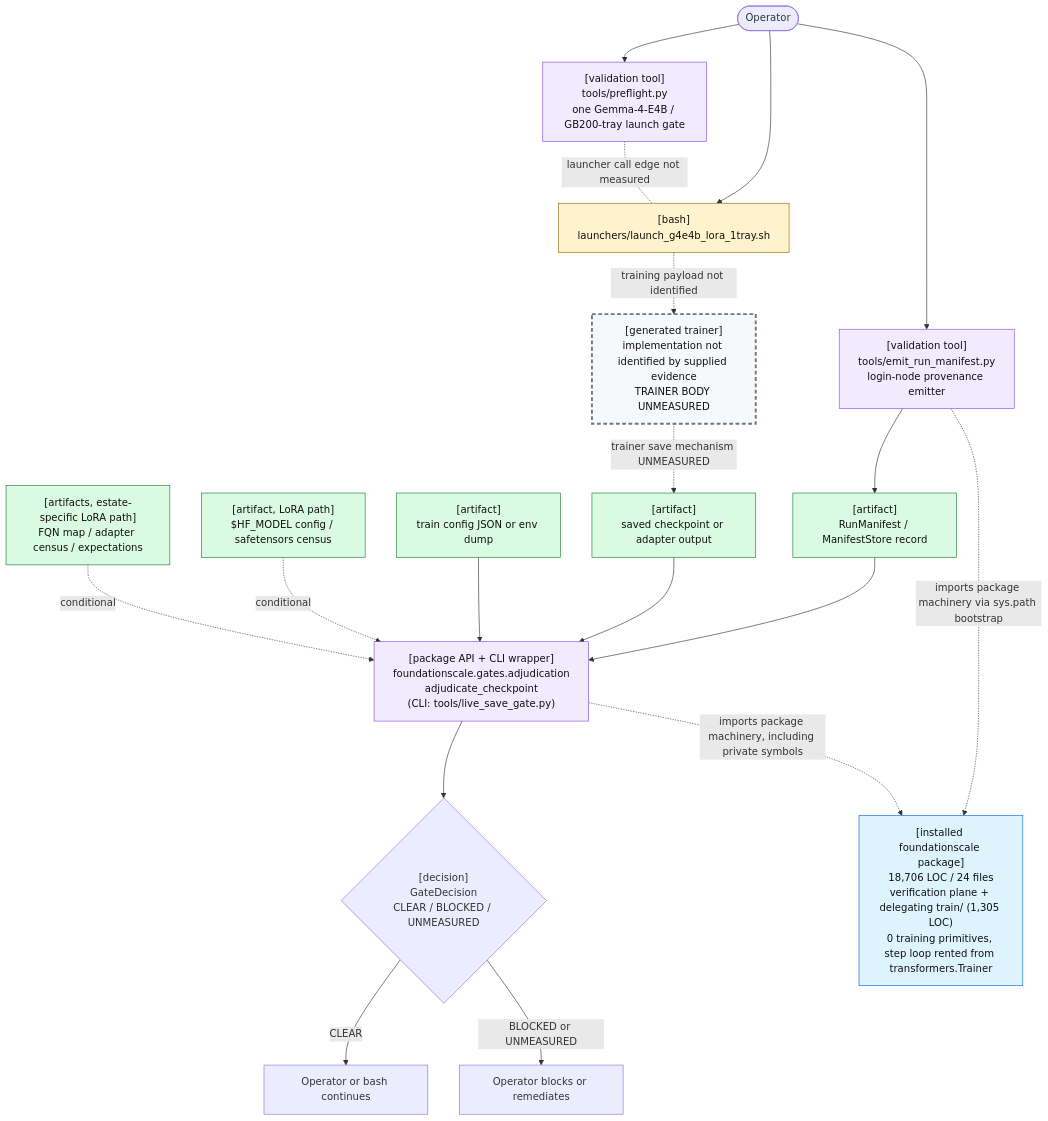
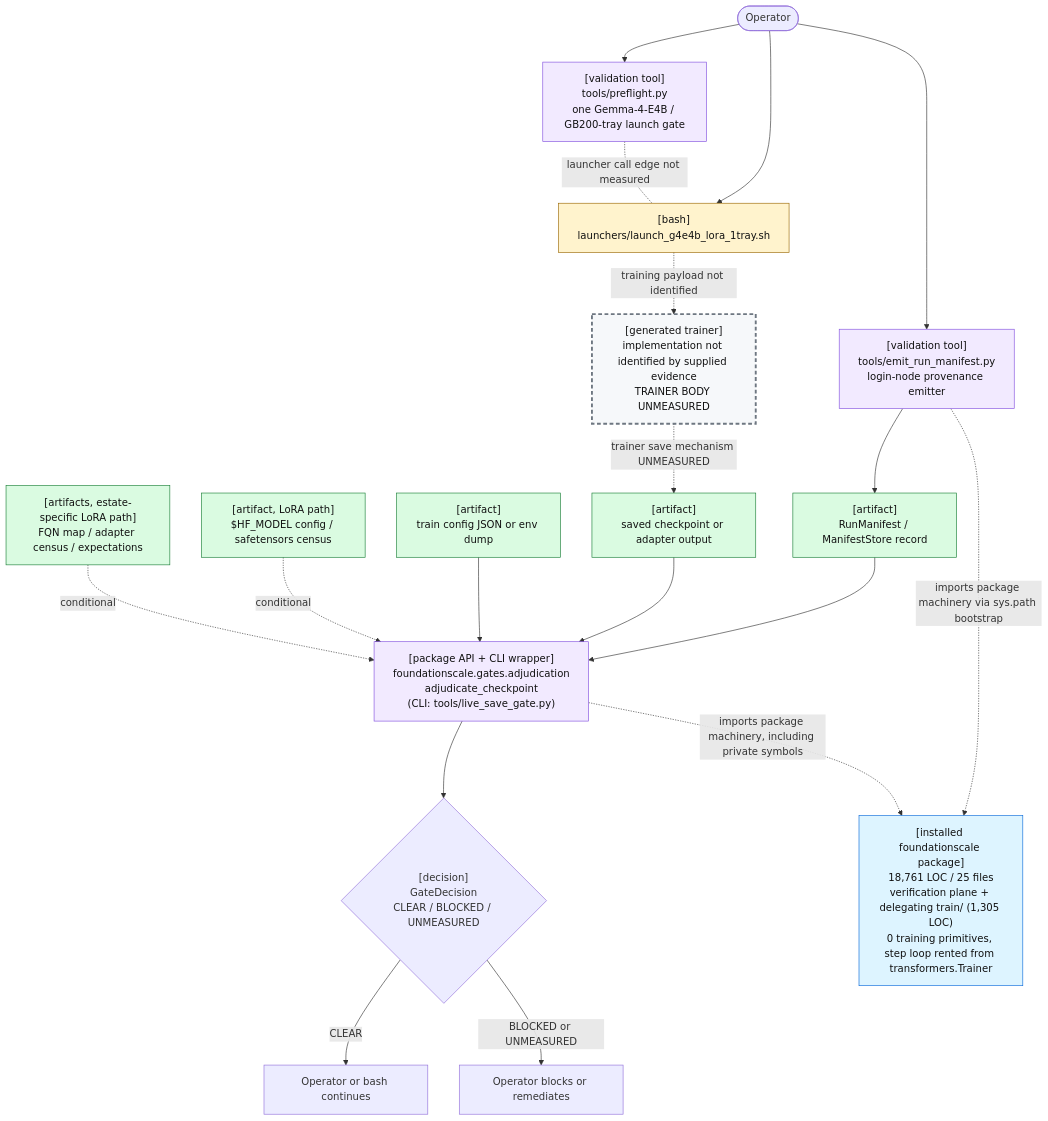
The first of 2 diagrams in docs/review/D2_current_architecture.md (TranNhiem/FoundationScale), drawn with Mermaid before and after one commit. The commit also changed other lines of this file and 12 other files, not shown here.

````diff
--- a/docs/review/D2_current_architecture.md
+++ b/docs/review/D2_current_architecture.md
@@ -25,59 +25,59 @@
 ```mermaid
 flowchart TB
   O(["Operator"])
 
   PF["[validation tool]<br/>tools/preflight.py<br/>one Gemma-4-E4B / GB200-tray launch gate"]
   L["[bash]<br/>launchers/launch_g4e4b_lora_1tray.sh"]
 
   E["[validation tool]<br/>tools/emit_run_manifest.py<br/>login-node provenance emitter"]
   M["[artifact]<br/>RunManifest / ManifestStore record"]
 
   T["[generated trainer]<br/>implementation not identified by supplied evidence<br/>TRAINER BODY UNMEASURED"]
   C["[artifact]<br/>saved checkpoint or adapter output"]
 
   G["[package API + CLI wrapper]<br/>foundationscale.gates.adjudication<br/>adjudicate_checkpoint<br/>(CLI: tools/live_save_gate.py)"]
   CFG["[artifact]<br/>train config JSON or env dump"]
   BASE["[artifact, LoRA path]<br/>$HF_MODEL config / safetensors census"]
   CEN["[artifacts, estate-specific LoRA path]<br/>FQN map / adapter census / expectations"]
 
   D{"[decision]<br/>GateDecision<br/>CLEAR / BLOCKED / UNMEASURED"}
   OK["Operator or bash continues"]
   NO["Operator blocks or remediates"]
 
-  PKG["[installed foundationscale package]<br/>18,706 LOC / 24 files<br/>verification plane + delegating train/ (1,305 LOC)<br/>0 training primitives, step loop rented from transformers.Trainer"]
+  PKG["[installed foundationscale package]<br/>18,761 LOC / 25 files<br/>verification plane + delegating train/ (1,305 LOC)<br/>0 training primitives, step loop rented from transformers.Trainer"]
 
   O --> PF
   O --> L
   PF -. "launcher call edge not measured" .- L
 
   O --> E
   E --> M
 
   L -. "training payload not identified" .-> T
   T -. "trainer save mechanism UNMEASURED" .-> C
 
   M --> G
   C --> G
   CFG --> G
   BASE -. "conditional" .-> G
   CEN -. "conditional" .-> G
 
   E -. "imports package machinery via sys.path bootstrap" .-> PKG
   G -. "imports package machinery, including private symbols" .-> PKG
 
   G --> D
   D -->|"CLEAR"| OK
   D -->|"BLOCKED or UNMEASURED"| NO
 
   classDef bash fill:#fff3cd,stroke:#9a6700,color:#111;
   classDef tool fill:#f2eaff,stroke:#8250df,color:#111;
   classDef artifact fill:#dafbe1,stroke:#1a7f37,color:#111;
   classDef gap fill:#f6f8fa,stroke:#6e7781,stroke-width:3px,stroke-dasharray: 6 4,color:#111;
   classDef pkg fill:#ddf4ff,stroke:#0969da,color:#111;
 
   class L bash;
   class PF,E,G tool;
   class M,C,CFG,BASE,CEN artifact;
   class T gap;
   class PKG pkg;
 ```
````
